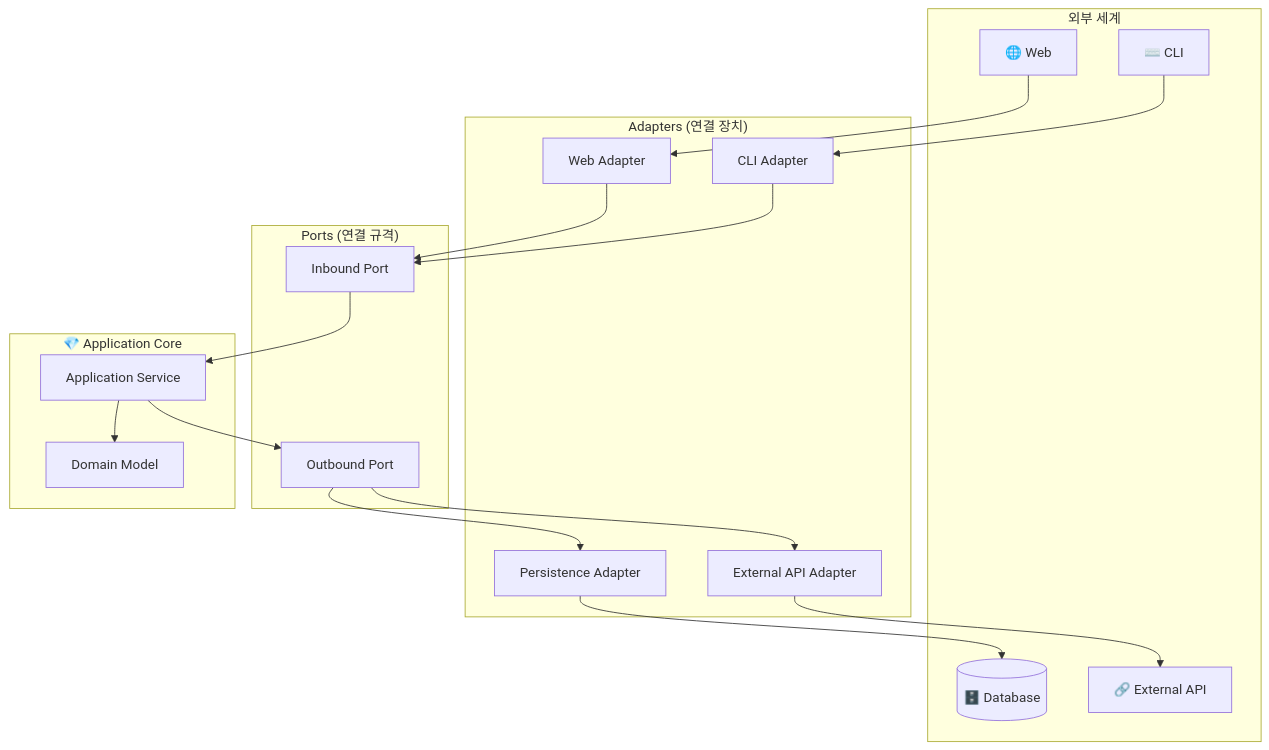
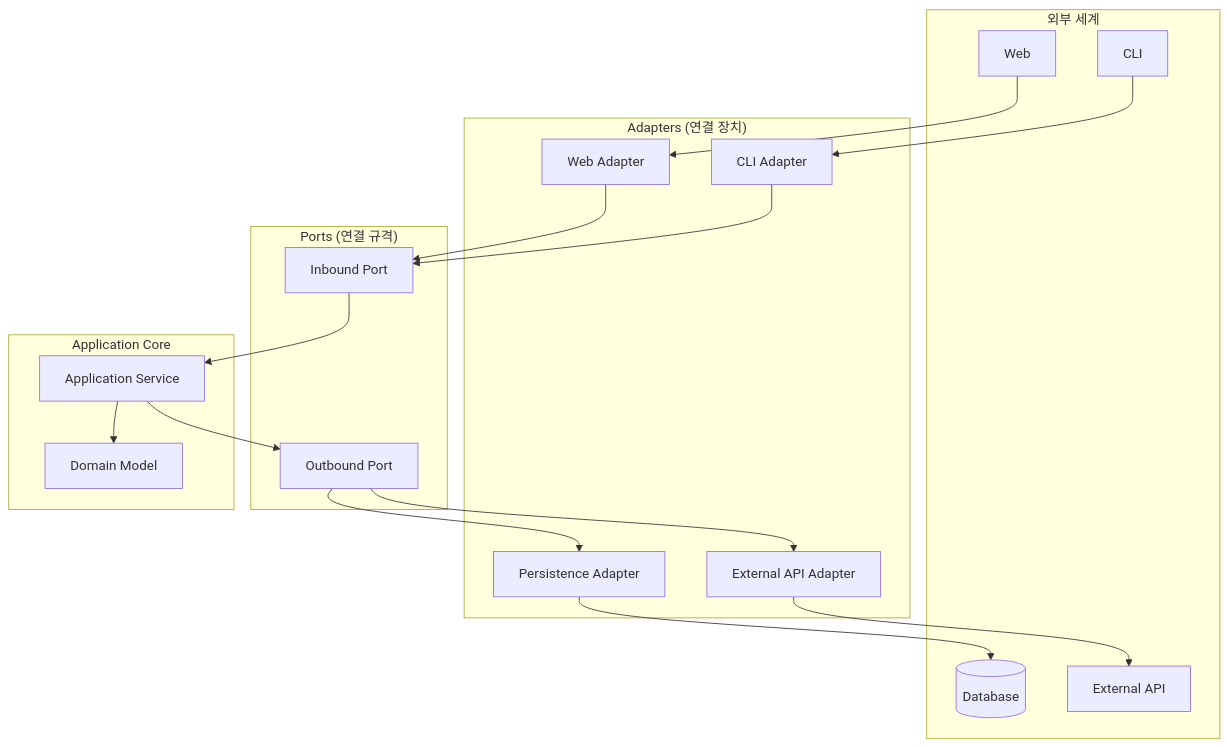
Before and after one commit to advanced-beginner/advanced-beginner.github.io: the first of 12 diagrams in content/ko/ddd/concepts/hexagonal-architecture.md, drawn with Mermaid. The commit also changed other lines of this file and 13 other files, not shown here.

````diff
--- a/content/ko/ddd/concepts/hexagonal-architecture.md
+++ b/content/ko/ddd/concepts/hexagonal-architecture.md
@@ -14,33 +13,33 @@
 ```mermaid
 flowchart TB
     subgraph External["외부 세계"]
-        WEB["🌐 Web"]
-        CLI["⌨️ CLI"]
-        DB[(🗄️ Database)]
-        API["🔗 External API"]
+        WEB["Web"]
+        CLI["CLI"]
+        DB[("Database")]
+        API["External API"]
     end
 
     subgraph Adapters["Adapters (연결 장치)"]
         WA["Web Adapter"]
         CA["CLI Adapter"]
         PA["Persistence Adapter"]
         EA["External API Adapter"]
     end
 
     subgraph Ports["Ports (연결 규격)"]
         IP["Inbound Port"]
         OP["Outbound Port"]
     end
 
-    subgraph Core["💎 Application Core"]
+    subgraph Core["Application Core"]
         APP["Application Service"]
         DOM["Domain Model"]
     end
 
     WEB --> WA --> IP
     CLI --> CA --> IP
     IP --> APP --> DOM
     APP --> OP
     OP --> PA --> DB
     OP --> EA --> API
 ```
````
